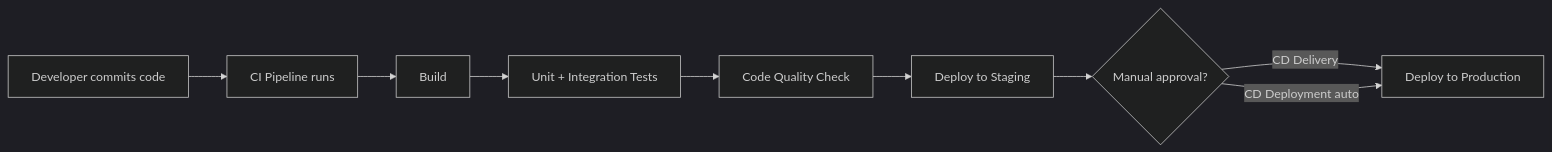
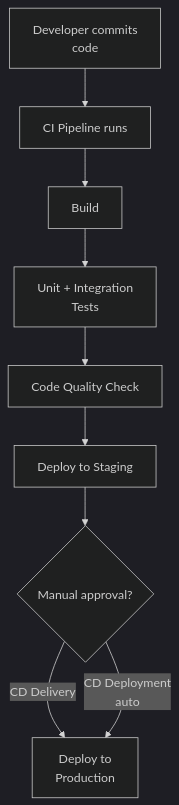
Before and after one commit to amitdevx/TY: the third of 3 diagrams in 02-Semester-VI/CS-371-VSC-P-Agile-Processes/Unit-4.md, drawn with Mermaid (dark theme). The commit also changed 65 other files, not shown here.

Commit message:
fix:graph vertical

````diff
--- a/02-Semester-VI/CS-371-VSC-P-Agile-Processes/Unit-4.md
+++ b/02-Semester-VI/CS-371-VSC-P-Agile-Processes/Unit-4.md
@@ -439,11 +439,11 @@
 ```mermaid
-graph LR
-    DEV[Developer commits code] --> CI[CI Pipeline runs]
+graph TD
+    DEV[Developer commits<br/>code] --> CI[CI Pipeline runs]
     CI --> BUILD[Build]
-    BUILD --> TEST[Unit + Integration Tests]
+    BUILD --> TEST[Unit + Integration<br/>Tests]
     TEST --> QUALITY[Code Quality Check]
     QUALITY --> STAGING[Deploy to Staging]
     STAGING --> MANUAL{Manual approval?}
-    MANUAL -->|CD Delivery| PROD[Deploy to Production]
-    MANUAL -->|CD Deployment auto| PROD
+    MANUAL -->|CD Delivery| PROD[Deploy to<br/>Production]
+    MANUAL -->|CD Deployment<br/>auto| PROD
 ```
````
